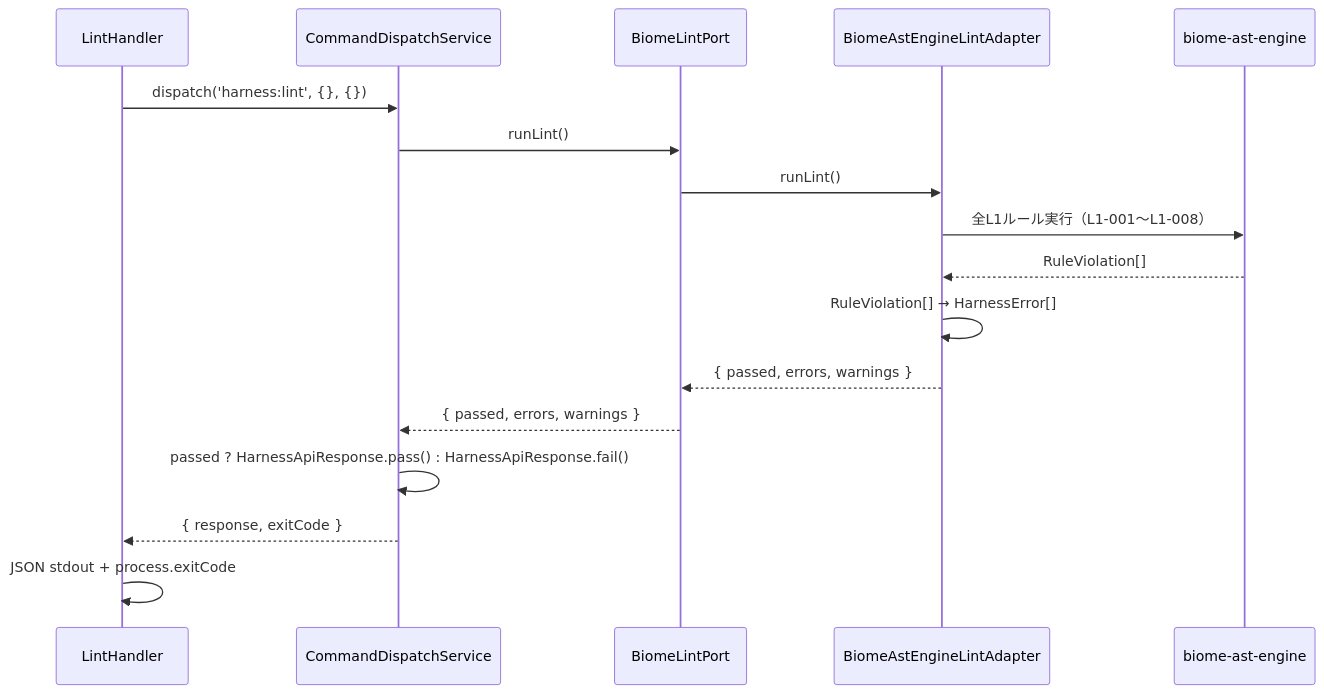
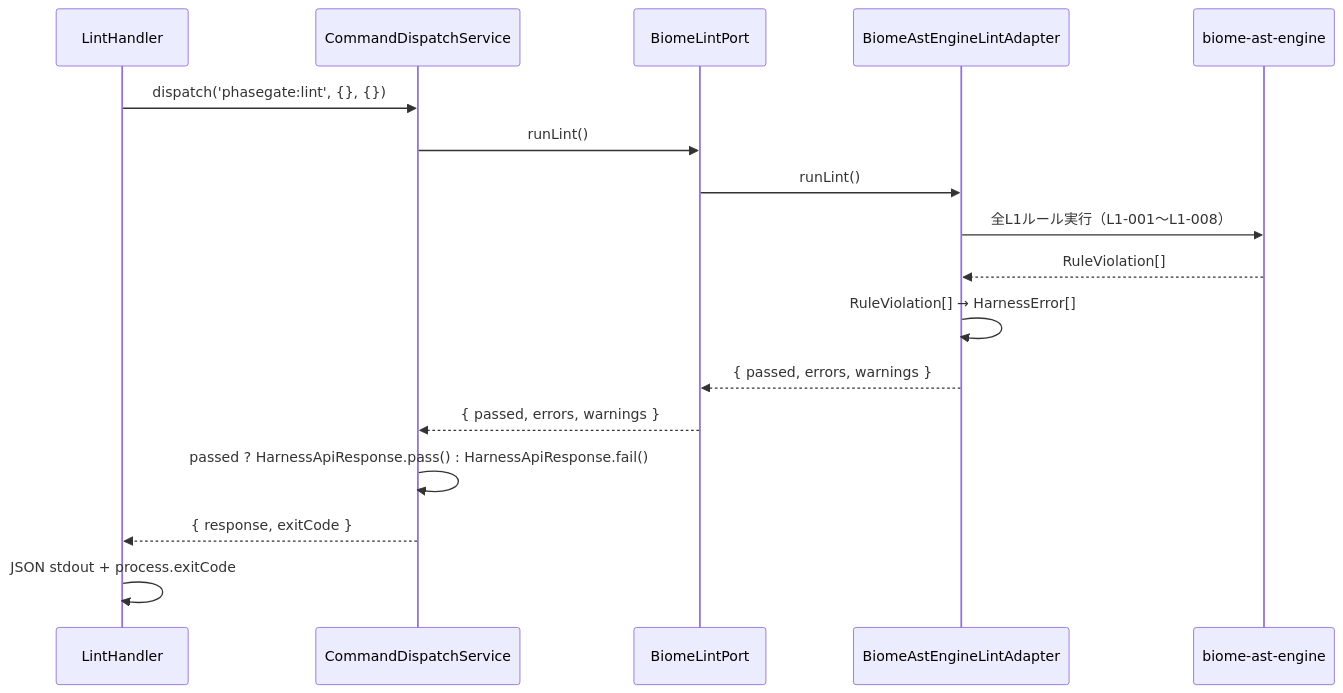
The eighth of 10 diagrams in docs/product/construction/harness-api/logical_design.md (junpei-9898/phasegate), drawn with Mermaid before and after one commit. The commit also changed other lines of this file and 181 other files, not shown here.

First line of the commit message:
feat: v0.16.0 — CLI コマンド名を harness から phasegate にリネーム

````diff
--- a/docs/product/construction/harness-api/logical_design.md
+++ b/docs/product/construction/harness-api/logical_design.md
@@ -1505,20 +1505,20 @@
 ```mermaid
 sequenceDiagram
     participant Handler as LintHandler
     participant DispatchSvc as CommandDispatchService
     participant Port as BiomeLintPort
     participant Adapter as BiomeAstEngineLintAdapter
     participant BiomeEngine as biome-ast-engine
 
-    Handler->>DispatchSvc: dispatch('harness:lint', {}, {})
+    Handler->>DispatchSvc: dispatch('phasegate:lint', {}, {})
     DispatchSvc->>Port: runLint()
     Port->>Adapter: runLint()
     Adapter->>BiomeEngine: 全L1ルール実行（L1-001〜L1-008）
     BiomeEngine-->>Adapter: RuleViolation[]
     Adapter->>Adapter: RuleViolation[] → HarnessError[]
     Adapter-->>Port: { passed, errors, warnings }
     Port-->>DispatchSvc: { passed, errors, warnings }
     DispatchSvc->>DispatchSvc: passed ? HarnessApiResponse.pass() : HarnessApiResponse.fail()
     DispatchSvc-->>Handler: { response, exitCode }
     Handler->>Handler: JSON stdout + process.exitCode
 ```
````
